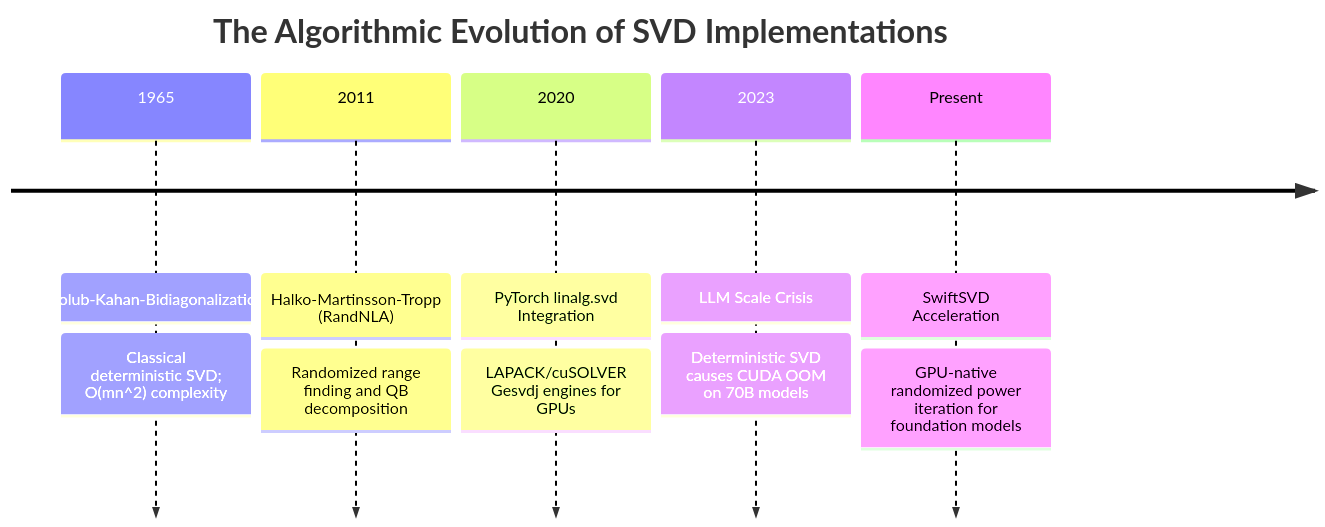
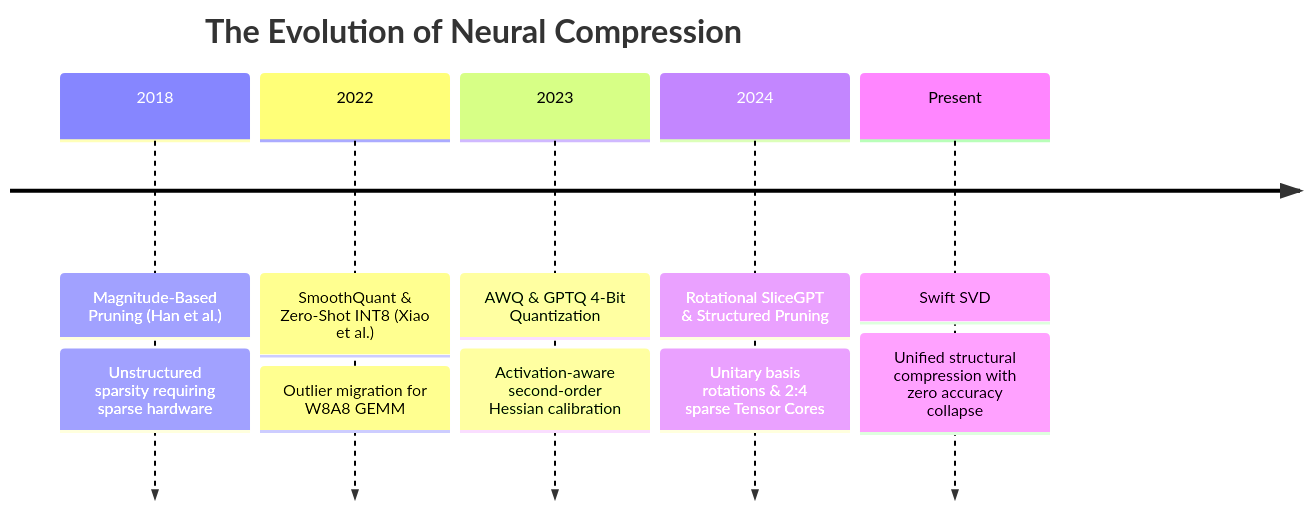
One commit to tahamajs/NeuralOps changed the first of 2 diagrams in Docs/content/compressions_blog/swift_svd_blog.md. Above: the diagram before and after it, drawn with Mermaid. The commit also changed other lines of this file and 193 other files, not shown here.

````diff
--- a/Docs/content/compressions_blog/swift_svd_blog.md
+++ b/Docs/content/compressions_blog/swift_svd_blog.md
@@ -92,9 +56,9 @@
 ```mermaid
 timeline
-    title The Algorithmic Evolution of SVD Implementations
-    1965 : Golub-Kahan-Bidiagonalization : Classical deterministic SVD; O(mn^2) complexity
-    2011 : Halko-Martinsson-Tropp (RandNLA) : Randomized range finding and QB decomposition
-    2020 : PyTorch linalg.svd Integration : LAPACK/cuSOLVER Gesvdj engines for GPUs
-    2023 : LLM Scale Crisis : Deterministic SVD causes CUDA OOM on 70B models
-    Present : SwiftSVD Acceleration : GPU-native randomized power iteration for foundation models
+    title The Evolution of Neural Compression
+    2018 : Magnitude-Based Pruning (Han et al.) : Unstructured sparsity requiring sparse hardware
+    2022 : SmoothQuant & Zero-Shot INT8 (Xiao et al.) : Outlier migration for W8A8 GEMM
+    2023 : AWQ & GPTQ 4-Bit Quantization : Activation-aware second-order Hessian calibration
+    2024 : Rotational SliceGPT & Structured Pruning : Unitary basis rotations & 2:4 sparse Tensor Cores
+    Present : Swift SVD : Unified structural compression with zero accuracy collapse
 ```
````
